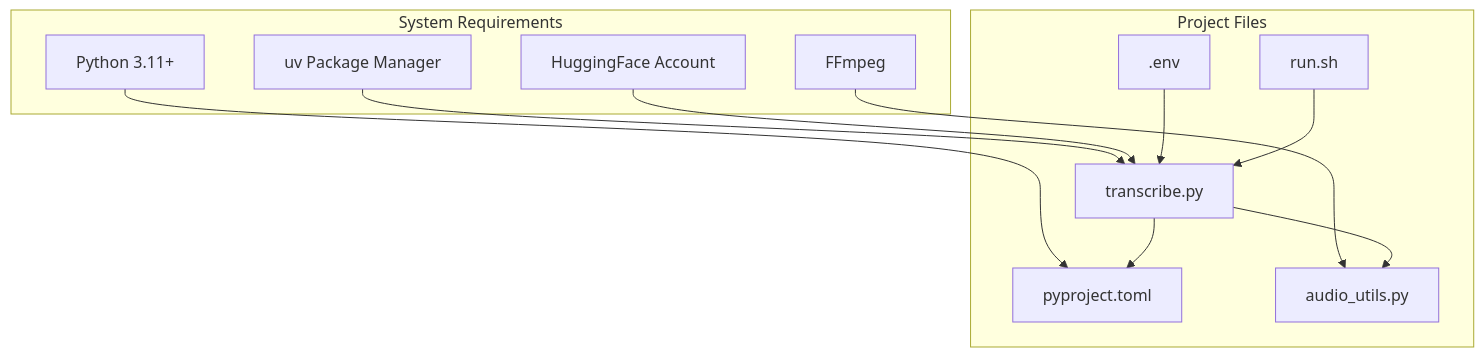
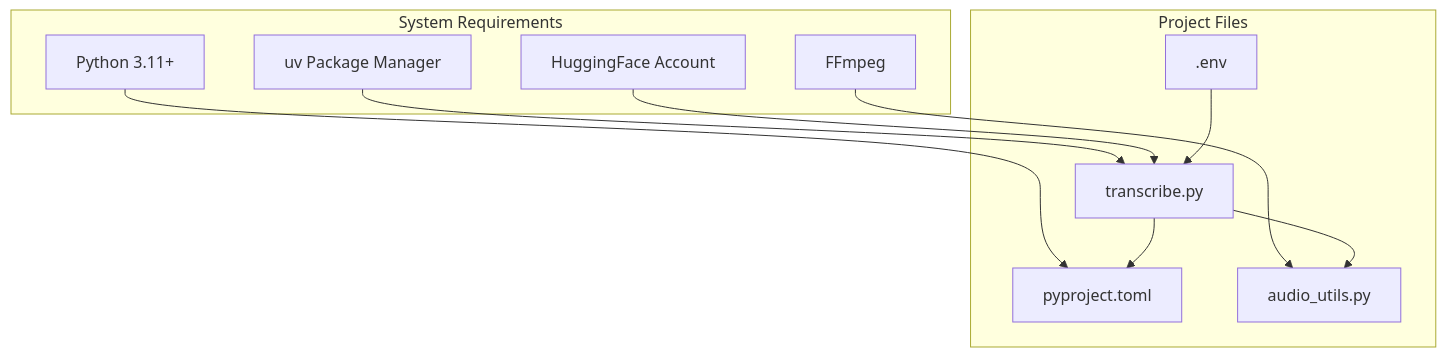
The diagram in .qoder/repowiki/en/content/Installation and Setup.md (jackuh105/meeting-transcriber), drawn with Mermaid before and after one commit. The commit also changed other lines of this file and 4 other files, not shown here.

````diff
--- a/.qoder/repowiki/en/content/Installation and Setup.md
+++ b/.qoder/repowiki/en/content/Installation and Setup.md
@@ -201,24 +244,22 @@
 ```mermaid
 graph TB
 subgraph "System Requirements"
 PY["Python 3.11+"]
 UV["uv Package Manager"]
 FF["FFmpeg"]
 HF["HuggingFace Account"]
 end
 subgraph "Project Files"
 TOML["pyproject.toml"]
 ENV[".env"]
-SH["run.sh"]
 CLI["transcribe.py"]
 UTIL["audio_utils.py"]
 end
 PY --> TOML
 UV --> CLI
 FF --> UTIL
 HF --> CLI
 ENV --> CLI
-SH --> CLI
 CLI --> UTIL
 CLI --> TOML
 ```
````
